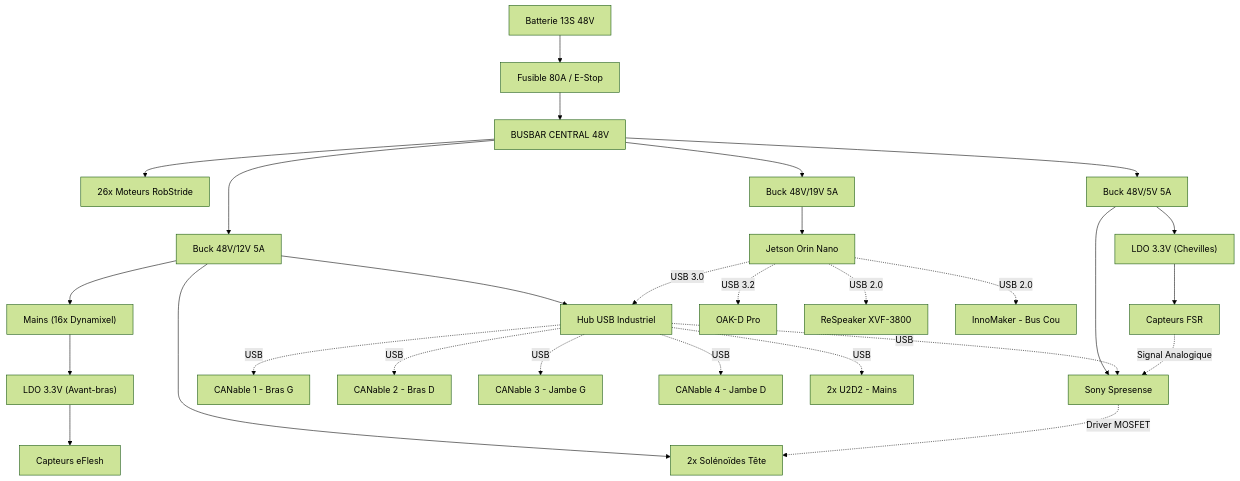
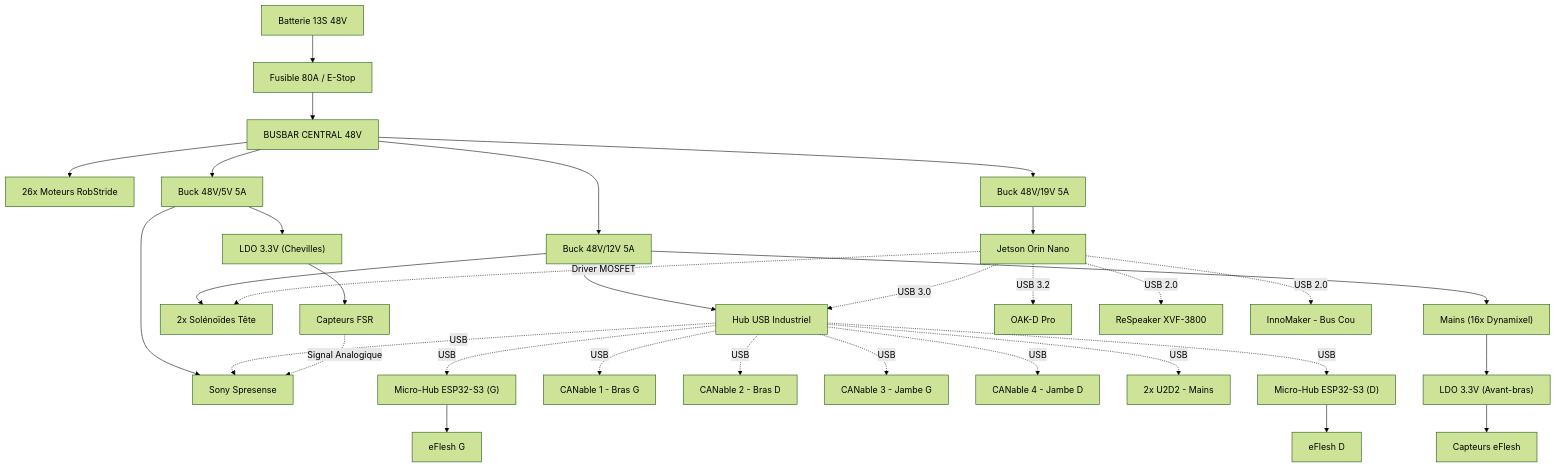
One commit to d-sergent/dbot-documentation changed the diagram in 04_Electronique_Cablage.md. Above: the diagram before and after it, drawn with Mermaid (forest theme). The commit also changed other lines of this file and 1 other file, not shown here.

Commit message:
Docs: Transfert solénoïdes vers Jetson et Option B (USB) pour eFlesh tactile

````diff
--- a/04_Electronique_Cablage.md
+++ b/04_Electronique_Cablage.md
@@ -21,48 +21,54 @@
 ```mermaid
 graph TD
     %% Source Energie
     BAT["Batterie 13S 48V"] --> FUS["Fusible 80A / E-Stop"]
     FUS --> BUSBAR["BUSBAR CENTRAL 48V"]
 
     %% Rails de Puissance
     BUSBAR --> MOT["26x Moteurs RobStride"]
     BUSBAR --> B19["Buck 48V/19V 5A"]
     BUSBAR --> B12["Buck 48V/12V 5A"]
     BUSBAR --> B05["Buck 48V/5V 5A"]
 
     %% Distribution 19V
     B19 --> JET["Jetson Orin Nano"]
 
     %% Distribution 12V
     B12 --> HUB["Hub USB Industriel"]
     B12 --> SOL["2x Solénoïdes Tête"]
     B12 --> DYN["Mains (16x Dynamixel)"]
 
     %% Distribution 5V (Always-On)
     B05 --> SPR["Sony Spresense"]
 
     %% Régulations Locales 3.3V
     DYN --> LDO_A["LDO 3.3V (Avant-bras)"]
     LDO_A --> EFLESH["Capteurs eFlesh"]
     
     B05 --> LDO_P["LDO 3.3V (Chevilles)"]
     LDO_P --> FSR["Capteurs FSR"]
 
     %% Flux Data USB Directs
     JET -. "USB 3.2" .-> OAK["OAK-D Pro"]
     JET -. "USB 2.0" .-> RES["ReSpeaker XVF-3800"]
     JET -. "USB 2.0" .-> INN["InnoMaker - Bus Cou"]
 
     %% Flux Data via Hub
     JET -. "USB 3.0" .-> HUB
     HUB -. "USB" .-> SPR
     HUB -. "USB" .-> CAN1["CANable 1 - Bras G"]
     HUB -. "USB" .-> CAN2["CANable 2 - Bras D"]
     HUB -. "USB" .-> CAN3["CANable 3 - Jambe G"]
     HUB -. "USB" .-> CAN4["CANable 4 - Jambe D"]
     HUB -. "USB" .-> U2D2["2x U2D2 - Mains"]
 
     %% Pilotage Spécifique
-    SPR -. "Driver MOSFET" .-> SOL
+    JET -. "Driver MOSFET" .-> SOL
     FSR -. "Signal Analogique" .-> SPR
+
+    %% Tactile eFlesh (Option B)
+    HUB -. "USB" .-> ESP_G["Micro-Hub ESP32-S3 (G)"]
+    HUB -. "USB" .-> ESP_D["Micro-Hub ESP32-S3 (D)"]
+    ESP_G --> EFLESH_G["eFlesh G"]
+    ESP_D --> EFLESH_D["eFlesh D"]
 ```
````
